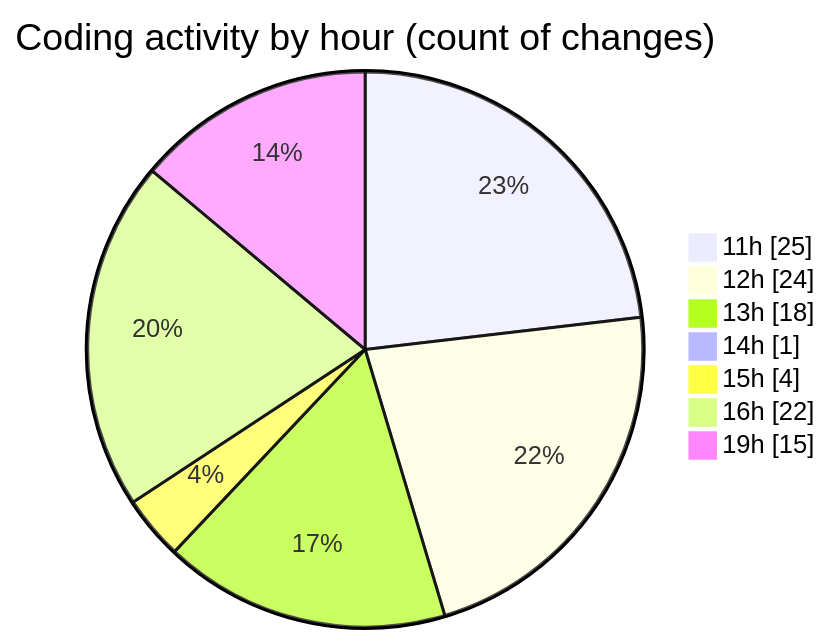
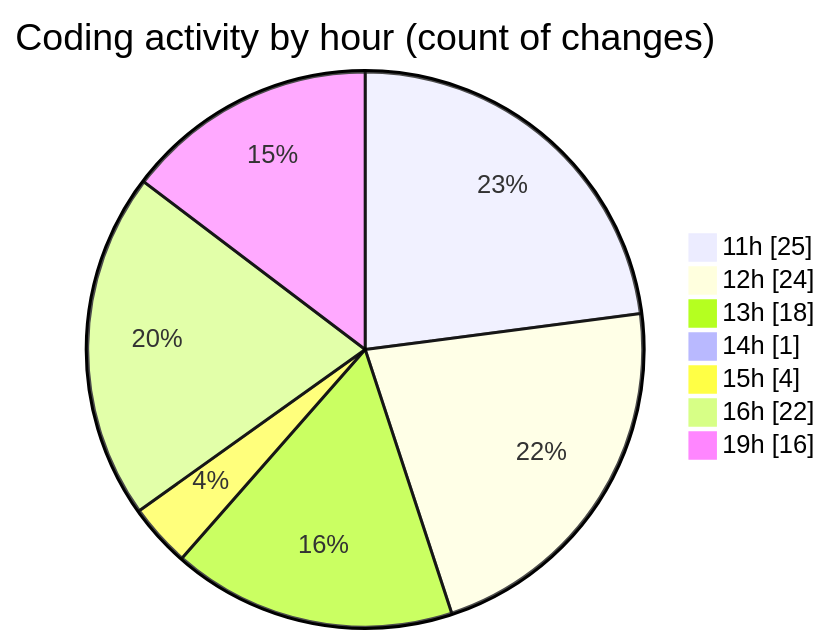
Before and after one commit to MatusMokan/code-tracking: the second of 2 diagrams in 2025-04-12/myws__workspace_/README.md, drawn with Mermaid. The commit also changed other lines of this file and 1 other file, not shown here.

````diff
--- a/2025-04-12/myws__workspace_/README.md
+++ b/2025-04-12/myws__workspace_/README.md
@@ -34,11 +34,11 @@
 ```mermaid
 pie showData
 title Coding activity by hour (count of changes)
 "11h" : 25
 "12h" : 24
 "13h" : 18
 "14h" : 1
 "15h" : 4
 "16h" : 22
-"19h" : 15
+"19h" : 16
 ```
````
